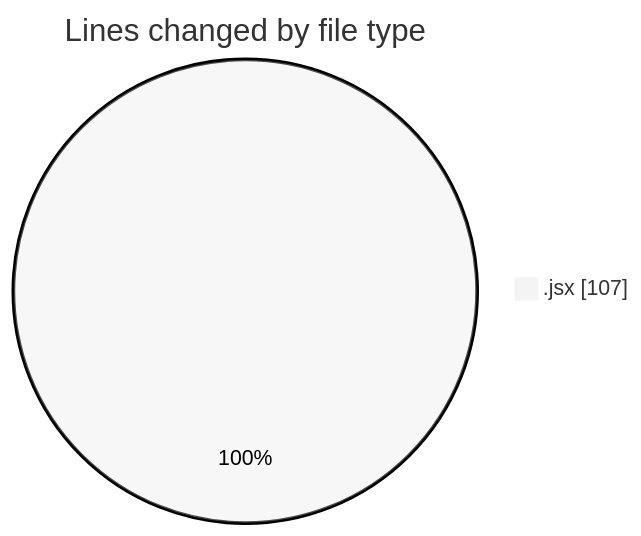
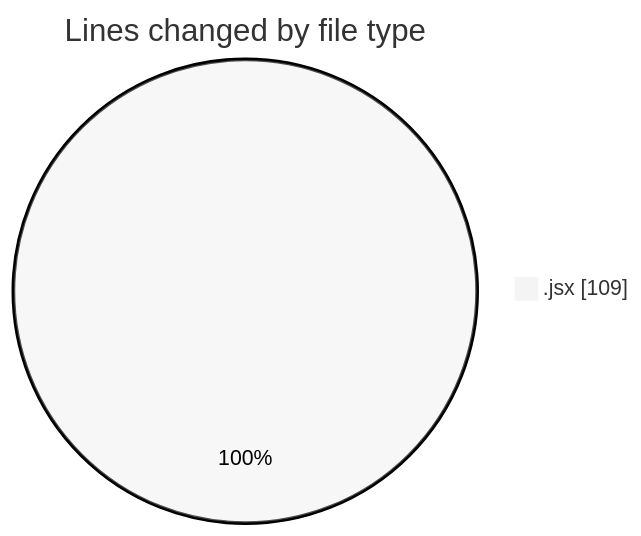
Before and after one commit to Elitesun/code-tracking: the first of 2 diagrams in 2025-03-08/elitesgpt/README.md, drawn with Mermaid (neutral theme). The commit also changed other lines of this file and 1 other file, not shown here.

````diff
--- a/2025-03-08/elitesgpt/README.md
+++ b/2025-03-08/elitesgpt/README.md
@@ -20,5 +20,5 @@
 ```mermaid
 pie showData
 title Lines changed by file type
-".jsx" : 107
+".jsx" : 109
 ```
````
